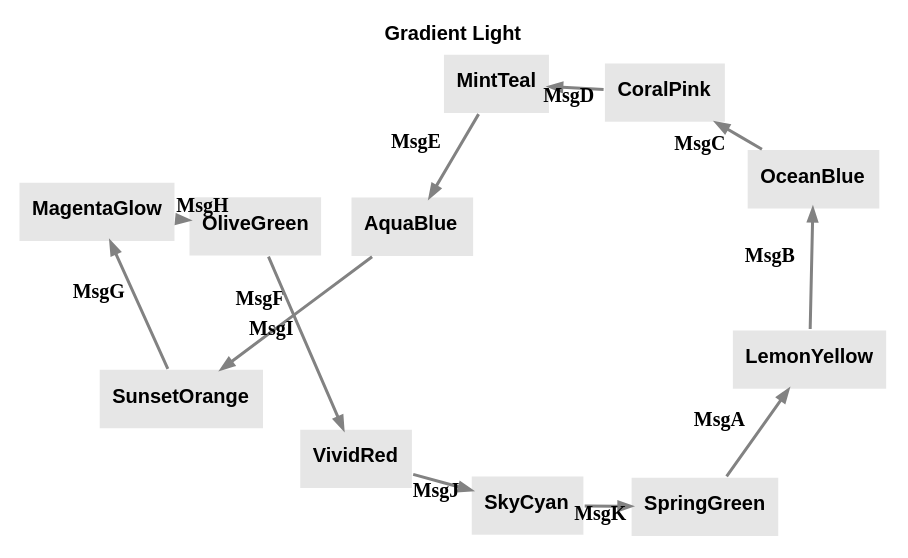
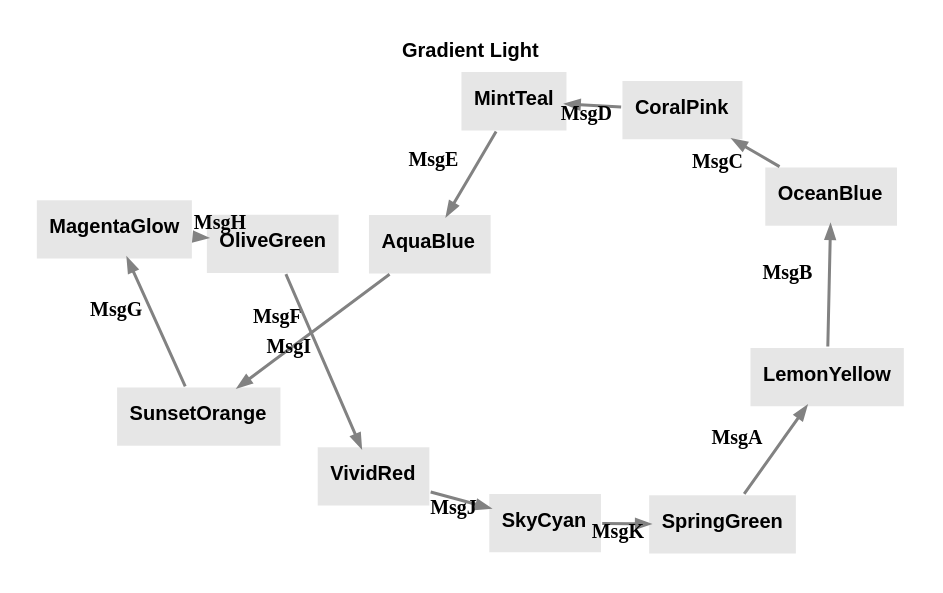
The diagram in renders/themes/gradient-light.dot (m-bock/purescript-transit), drawn with Graphviz before and after one commit. The commit also changed 40 other files, not shown here.

```diff
--- a/renders/themes/gradient-light.dot
+++ b/renders/themes/gradient-light.dot
@@ -1,27 +1,27 @@
 digraph 
 {
-rankdir = "TD";fontname = "Arial";label = <<b>Gradient Light</b>>;labelloc = "t";fontsize = 12;bgcolor = "#ffffff";color = "#000000";fontcolor = "#000000"
+rankdir = "TD";fontname = "Arial";label = <<b>Gradient Light</b>>;labelloc = "t";fontsize = 12;bgcolor = "#ffffff";color = "#000000";fontcolor = "#000000";pad = 0.2
 graph [layout=sfdp;overlap=false, K=2.5, repulsiveforce=4, splines=true];
 SpringGreen [shape = "box", label = <<b>SpringGreen</b>>, fontsize = 12, style = "filled", fillcolor = "#e6e6e6", fontcolor = "#000000", color = "#ffffff", fontname = "Arial", labelloc = "c", penwidth = 1.0]
 SpringGreen -> LemonYellow [color = "#828282", fontcolor = "#000000", fontsize = 12, arrowsize = "0.7", label = <<b>MsgA</b>>, penwidth = 1.8]
 LemonYellow [shape = "box", label = <<b>LemonYellow</b>>, fontsize = 12, style = "filled", fillcolor = "#e6e6e6", fontcolor = "#000000", color = "#ffffff", fontname = "Arial", labelloc = "c", penwidth = 1.0]
 LemonYellow -> OceanBlue [color = "#828282", fontcolor = "#000000", fontsize = 12, arrowsize = "0.7", label = <<b>MsgB</b>>, penwidth = 1.8]
 OceanBlue [shape = "box", label = <<b>OceanBlue</b>>, fontsize = 12, style = "filled", fillcolor = "#e6e6e6", fontcolor = "#000000", color = "#ffffff", fontname = "Arial", labelloc = "c", penwidth = 1.0]
 OceanBlue -> CoralPink [color = "#828282", fontcolor = "#000000", fontsize = 12, arrowsize = "0.7", label = <<b>MsgC</b>>, penwidth = 1.8]
 CoralPink [shape = "box", label = <<b>CoralPink</b>>, fontsize = 12, style = "filled", fillcolor = "#e6e6e6", fontcolor = "#000000", color = "#ffffff", fontname = "Arial", labelloc = "c", penwidth = 1.0]
 CoralPink -> MintTeal [color = "#828282", fontcolor = "#000000", fontsize = 12, arrowsize = "0.7", label = <<b>MsgD</b>>, penwidth = 1.8]
 MintTeal [shape = "box", label = <<b>MintTeal</b>>, fontsize = 12, style = "filled", fillcolor = "#e6e6e6", fontcolor = "#000000", color = "#ffffff", fontname = "Arial", labelloc = "c", penwidth = 1.0]
 MintTeal -> AquaBlue [color = "#828282", fontcolor = "#000000", fontsize = 12, arrowsize = "0.7", label = <<b>MsgE</b>>, penwidth = 1.8]
 AquaBlue [shape = "box", label = <<b>AquaBlue</b>>, fontsize = 12, style = "filled", fillcolor = "#e6e6e6", fontcolor = "#000000", color = "#ffffff", fontname = "Arial", labelloc = "c", penwidth = 1.0]
 AquaBlue -> SunsetOrange [color = "#828282", fontcolor = "#000000", fontsize = 12, arrowsize = "0.7", label = <<b>MsgF</b>>, penwidth = 1.8]
 SunsetOrange [shape = "box", label = <<b>SunsetOrange</b>>, fontsize = 12, style = "filled", fillcolor = "#e6e6e6", fontcolor = "#000000", color = "#ffffff", fontname = "Arial", labelloc = "c", penwidth = 1.0]
 SunsetOrange -> MagentaGlow [color = "#828282", fontcolor = "#000000", fontsize = 12, arrowsize = "0.7", label = <<b>MsgG</b>>, penwidth = 1.8]
 MagentaGlow [shape = "box", label = <<b>MagentaGlow</b>>, fontsize = 12, style = "filled", fillcolor = "#e6e6e6", fontcolor = "#000000", color = "#ffffff", fontname = "Arial", labelloc = "c", penwidth = 1.0]
 MagentaGlow -> OliveGreen [color = "#828282", fontcolor = "#000000", fontsize = 12, arrowsize = "0.7", label = <<b>MsgH</b>>, penwidth = 1.8]
 OliveGreen [shape = "box", label = <<b>OliveGreen</b>>, fontsize = 12, style = "filled", fillcolor = "#e6e6e6", fontcolor = "#000000", color = "#ffffff", fontname = "Arial", labelloc = "c", penwidth = 1.0]
 OliveGreen -> VividRed [color = "#828282", fontcolor = "#000000", fontsize = 12, arrowsize = "0.7", label = <<b>MsgI</b>>, penwidth = 1.8]
 VividRed [shape = "box", label = <<b>VividRed</b>>, fontsize = 12, style = "filled", fillcolor = "#e6e6e6", fontcolor = "#000000", color = "#ffffff", fontname = "Arial", labelloc = "c", penwidth = 1.0]
 VividRed -> SkyCyan [color = "#828282", fontcolor = "#000000", fontsize = 12, arrowsize = "0.7", label = <<b>MsgJ</b>>, penwidth = 1.8]
 SkyCyan [shape = "box", label = <<b>SkyCyan</b>>, fontsize = 12, style = "filled", fillcolor = "#e6e6e6", fontcolor = "#000000", color = "#ffffff", fontname = "Arial", labelloc = "c", penwidth = 1.0]
 SkyCyan -> SpringGreen [color = "#828282", fontcolor = "#000000", fontsize = 12, arrowsize = "0.7", label = <<b>MsgK</b>>, penwidth = 1.8]
 }
```
